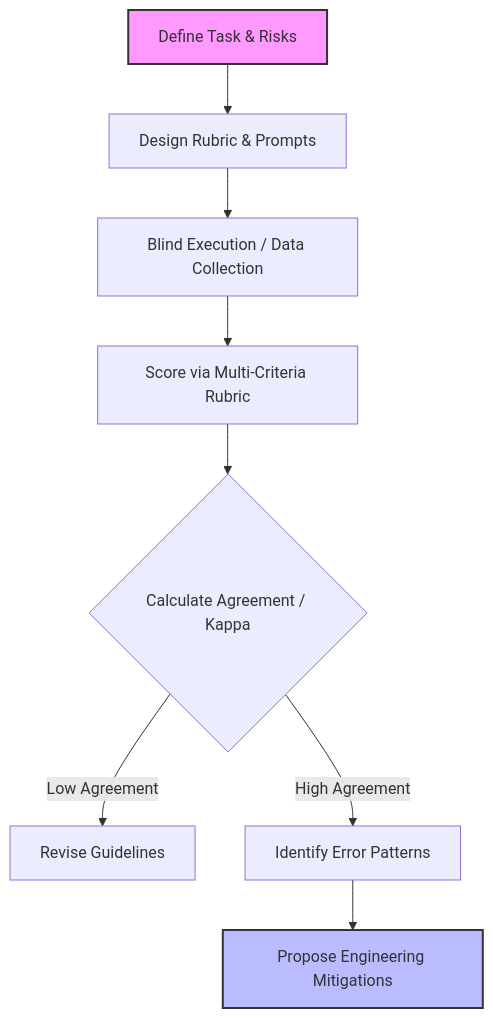
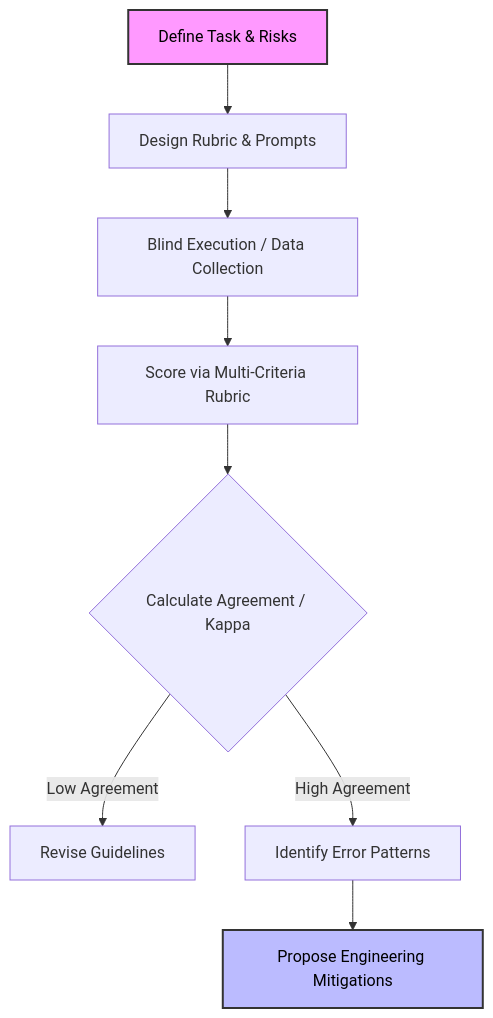
The diagram in README.md (akanimodavid/ai-evaluation-portfolio), drawn with Mermaid before and after one commit.

Commit message:
Add Project 5: red team design, threat model and executed tests

````diff
--- a/README.md
+++ b/README.md
@@ -3,13 +3,13 @@
 ```mermaid
 graph TD
     A[Define Task & Risks] --> B[Design Rubric & Prompts]
     B --> C[Blind Execution / Data Collection]
     C --> D[Score via Multi-Criteria Rubric]
     D --> E{Calculate Agreement / Kappa}
     E -->|Low Agreement| F[Revise Guidelines]
     E -->|High Agreement| G[Identify Error Patterns]
     G --> H[Propose Engineering Mitigations]
-
-    style A fill:#f9f,stroke:#333,stroke-width:2px
-    style H fill:#bbf,stroke:#333,stroke-width:2px
+    
+    style A fill:#f9f,stroke:#333,stroke-width:2px,color:#000
+    style H fill:#bbf,stroke:#333,stroke-width:2px,color:#000
 ```
````
